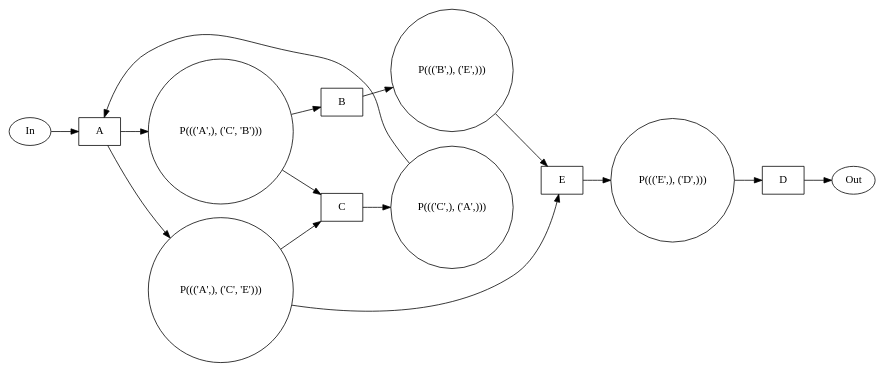
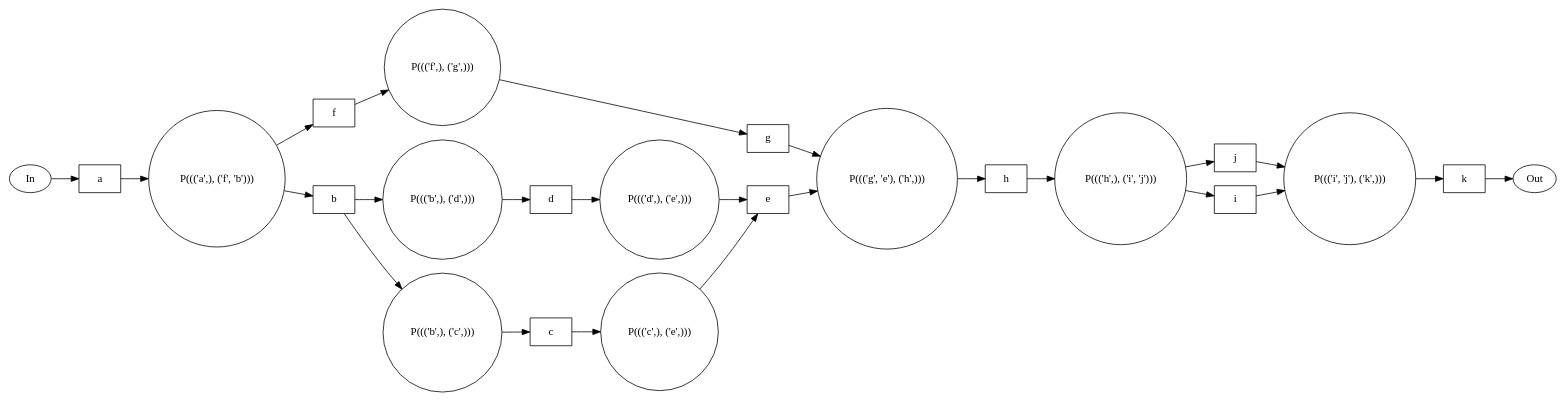
The diagram in alpha_miner/result.dot (JakJach/Alpha-Miner), drawn with Graphviz before and after one commit. The commit also changed 10 other files, not shown here.

```diff
--- a/alpha_miner/result.dot
+++ b/alpha_miner/result.dot
@@ -1,34 +1,61 @@
 digraph pn {
 rankdir=LR;
-"A" -> "P((('A',), ('C', 'E')))";
-"A" [shape=box];
-"P((('A',), ('C', 'E')))" [shape=circle];
-"P((('A',), ('C', 'E')))" -> "C";
-"C" [shape=box];
-"P((('A',), ('C', 'E')))" -> "E";
-"E" [shape=box];
-"C" -> "P((('C',), ('A',)))";
-"C" [shape=box];
-"P((('C',), ('A',)))" [shape=circle];
-"P((('C',), ('A',)))" -> "A";
-"A" [shape=box];
-"B" -> "P((('B',), ('E',)))";
-"B" [shape=box];
-"P((('B',), ('E',)))" [shape=circle];
-"P((('B',), ('E',)))" -> "E";
-"E" [shape=box];
-"A" -> "P((('A',), ('C', 'B')))";
-"A" [shape=box];
-"P((('A',), ('C', 'B')))" [shape=circle];
-"P((('A',), ('C', 'B')))" -> "C";
-"C" [shape=box];
-"P((('A',), ('C', 'B')))" -> "B";
-"B" [shape=box];
-"E" -> "P((('E',), ('D',)))";
-"E" [shape=box];
-"P((('E',), ('D',)))" [shape=circle];
-"P((('E',), ('D',)))" -> "D";
-"D" [shape=box];
-In -> A
-D -> Out
+"j" [shape=box];
+"g" -> "P((('g', 'e'), ('h',)))";
+"g" [shape=box];
+"P((('g', 'e'), ('h',)))" [shape=circle];
+"e" -> "P((('g', 'e'), ('h',)))";
+"e" [shape=box];
+"P((('g', 'e'), ('h',)))" [shape=circle];
+"P((('g', 'e'), ('h',)))" -> "h";
+"h" [shape=box];
+"i" -> "P((('i', 'j'), ('k',)))";
+"i" [shape=box];
+"P((('i', 'j'), ('k',)))" [shape=circle];
+"j" -> "P((('i', 'j'), ('k',)))";
+"j" [shape=box];
+"P((('i', 'j'), ('k',)))" [shape=circle];
+"P((('i', 'j'), ('k',)))" -> "k";
+"k" [shape=box];
+"c" -> "P((('c',), ('e',)))";
+"c" [shape=box];
+"P((('c',), ('e',)))" [shape=circle];
+"P((('c',), ('e',)))" -> "e";
+"e" [shape=box];
+"h" -> "P((('h',), ('i', 'j')))";
+"h" [shape=box];
+"P((('h',), ('i', 'j')))" [shape=circle];
+"P((('h',), ('i', 'j')))" -> "i";
+"i" [shape=box];
+"P((('h',), ('i', 'j')))" -> "j";
+"j" [shape=box];
+"f" -> "P((('f',), ('g',)))";
+"f" [shape=box];
+"P((('f',), ('g',)))" [shape=circle];
+"P((('f',), ('g',)))" -> "g";
+"g" [shape=box];
+"b" -> "P((('b',), ('d',)))";
+"b" [shape=box];
+"P((('b',), ('d',)))" [shape=circle];
+"P((('b',), ('d',)))" -> "d";
+"d" [shape=box];
+"a" -> "P((('a',), ('f', 'b')))";
+"a" [shape=box];
+"P((('a',), ('f', 'b')))" [shape=circle];
+"P((('a',), ('f', 'b')))" -> "f";
+"f" [shape=box];
+"P((('a',), ('f', 'b')))" -> "b";
+"b" [shape=box];
+"d" -> "P((('d',), ('e',)))";
+"d" [shape=box];
+"P((('d',), ('e',)))" [shape=circle];
+"P((('d',), ('e',)))" -> "e";
+"e" [shape=box];
+"b" -> "P((('b',), ('c',)))";
+"b" [shape=box];
+"P((('b',), ('c',)))" [shape=circle];
+"P((('b',), ('c',)))" -> "c";
+"c" [shape=box];
+In -> a
+k -> Out
 }
```
